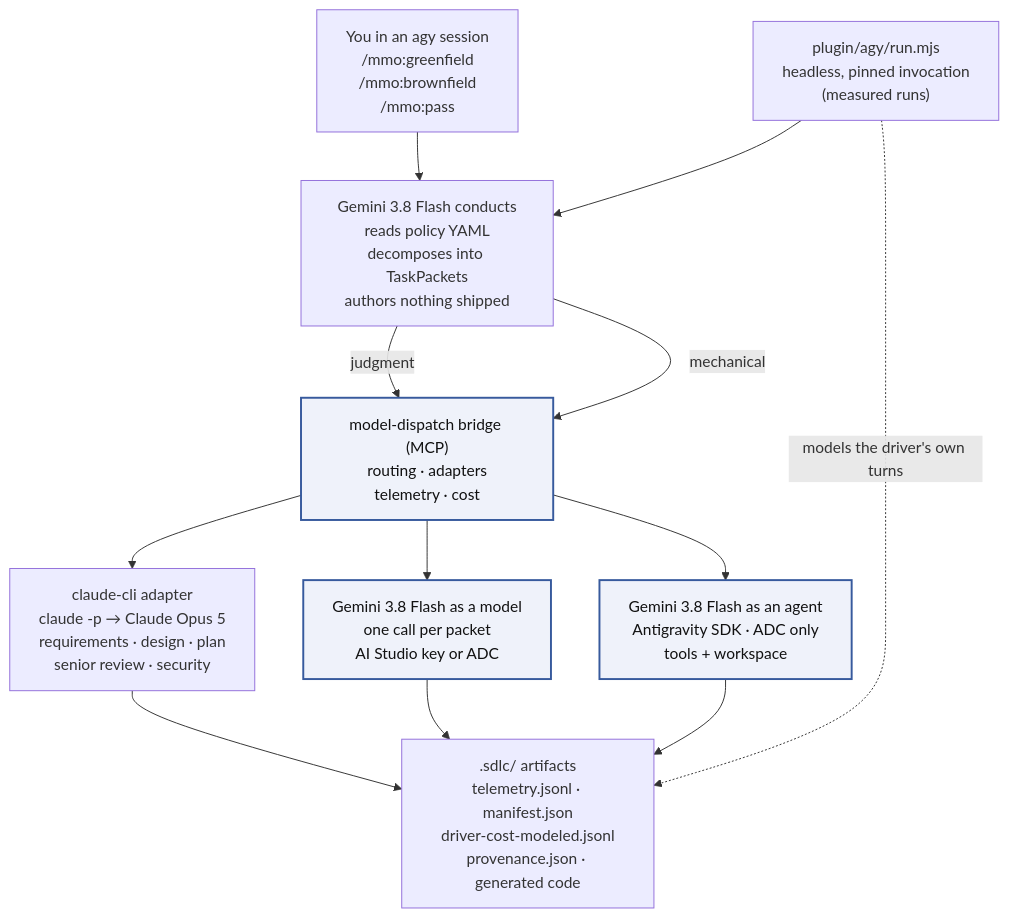
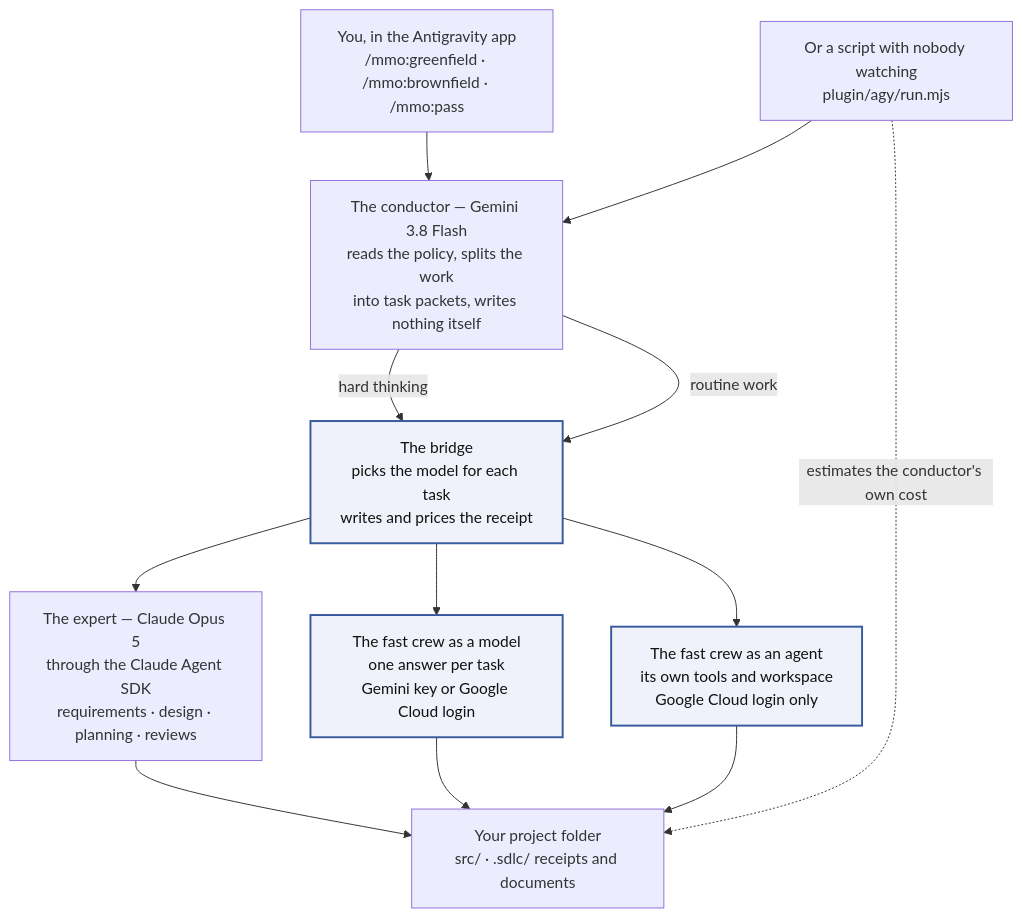
One commit to mehtasanjit/ai-sdlc-orchestrator-antigravity-harness changed the second of 2 diagrams in README.md. Above: the diagram before and after it, drawn with Mermaid. The commit also changed other lines of this file and 218 other files, not shown here.

First line of the commit message:
chore: release cut — the cost-audit fixes and the headless proof runs (#39)

````diff
--- a/README.md
+++ b/README.md
@@ -29,26 +315,26 @@
 ```mermaid
 flowchart TD
-    User["You in an agy session<br/>/mmo:greenfield<br/>/mmo:brownfield<br/>/mmo:pass"]
-    Headless["plugin/agy/run.mjs<br/>headless, pinned invocation<br/>(measured runs)"]
-    Cond["Gemini 3.8 Flash conducts<br/>reads policy YAML<br/>decomposes into TaskPackets<br/>authors nothing shipped"]
-    Bridge["model-dispatch bridge (MCP)<br/>routing · adapters<br/>telemetry · cost"]
-    Opus["claude-cli adapter<br/>claude -p → Claude Opus 5<br/>requirements · design · plan<br/>senior review · security"]
-    GemModel["Gemini 3.8 Flash as a model<br/>one call per packet<br/>AI Studio key or ADC"]
-    GemAgent["Gemini 3.8 Flash as an agent<br/>Antigravity SDK · ADC only<br/>tools + workspace"]
-    Out[".sdlc/ artifacts<br/>telemetry.jsonl · manifest.json<br/>driver-cost-modeled.jsonl<br/>provenance.json · generated code"]
+    User["You, in the Antigravity app<br/>/mmo:greenfield · /mmo:brownfield · /mmo:pass"]
+    Headless["Or a script with nobody watching<br/>plugin/agy/run.mjs"]
+    Cond["The conductor — Gemini 3.8 Flash<br/>reads the policy, splits the work<br/>into task packets, writes nothing itself"]
+    Bridge["The bridge<br/>picks the model for each task<br/>writes and prices the receipt"]
+    Opus["The expert — Claude Opus 5<br/>through the Claude Agent SDK<br/>requirements · design · planning · reviews"]
+    GemModel["The fast crew as a model<br/>one answer per task<br/>Gemini key or Google Cloud login"]
+    GemAgent["The fast crew as an agent<br/>its own tools and workspace<br/>Google Cloud login only"]
+    Out["Your project folder<br/>src/ · .sdlc/ receipts and documents"]
 
     User --> Cond
     Headless --> Cond
-    Cond -->|judgment| Bridge
-    Cond -->|mechanical| Bridge
+    Cond -->|hard thinking| Bridge
+    Cond -->|routine work| Bridge
     Bridge --> Opus
     Bridge --> GemModel
     Bridge --> GemAgent
     Opus --> Out
     GemModel --> Out
     GemAgent --> Out
-    Headless -.->|models the driver's own turns| Out
+    Headless -.->|estimates the conductor's own cost| Out
 
     classDef hero fill:#EFF2FA,stroke:#375A9D,stroke-width:2px,color:#111
     class Bridge,GemModel,GemAgent hero
 ```
````
